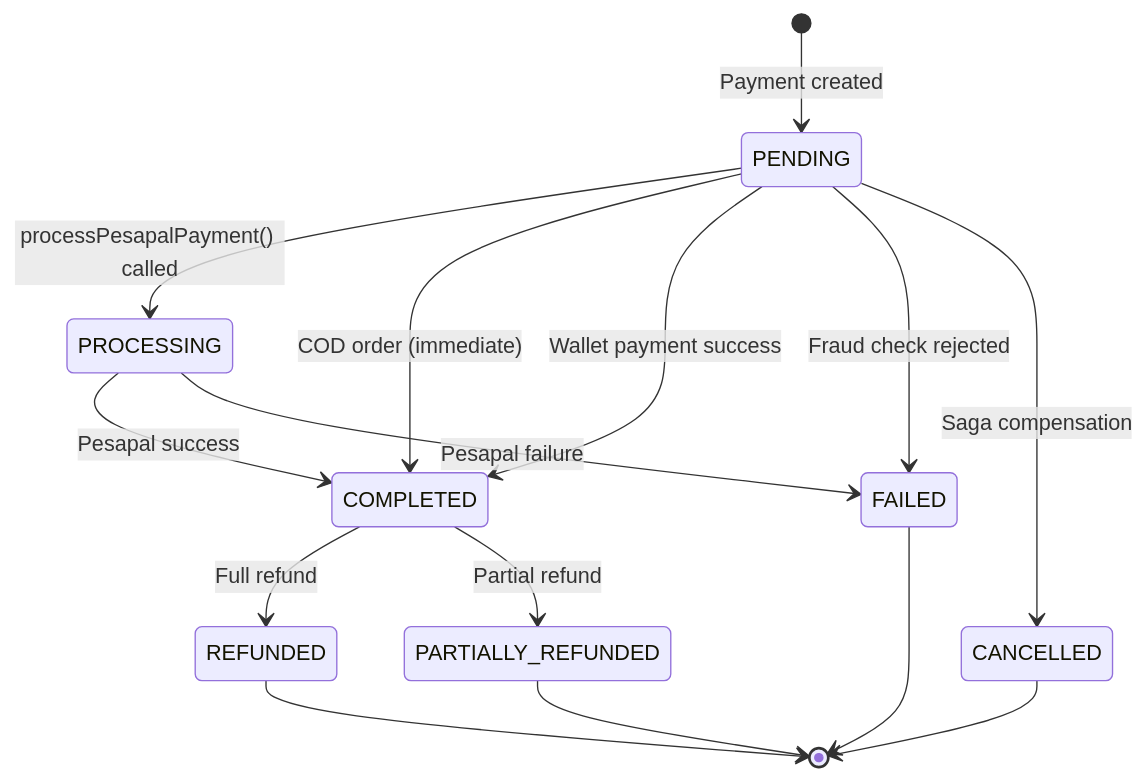
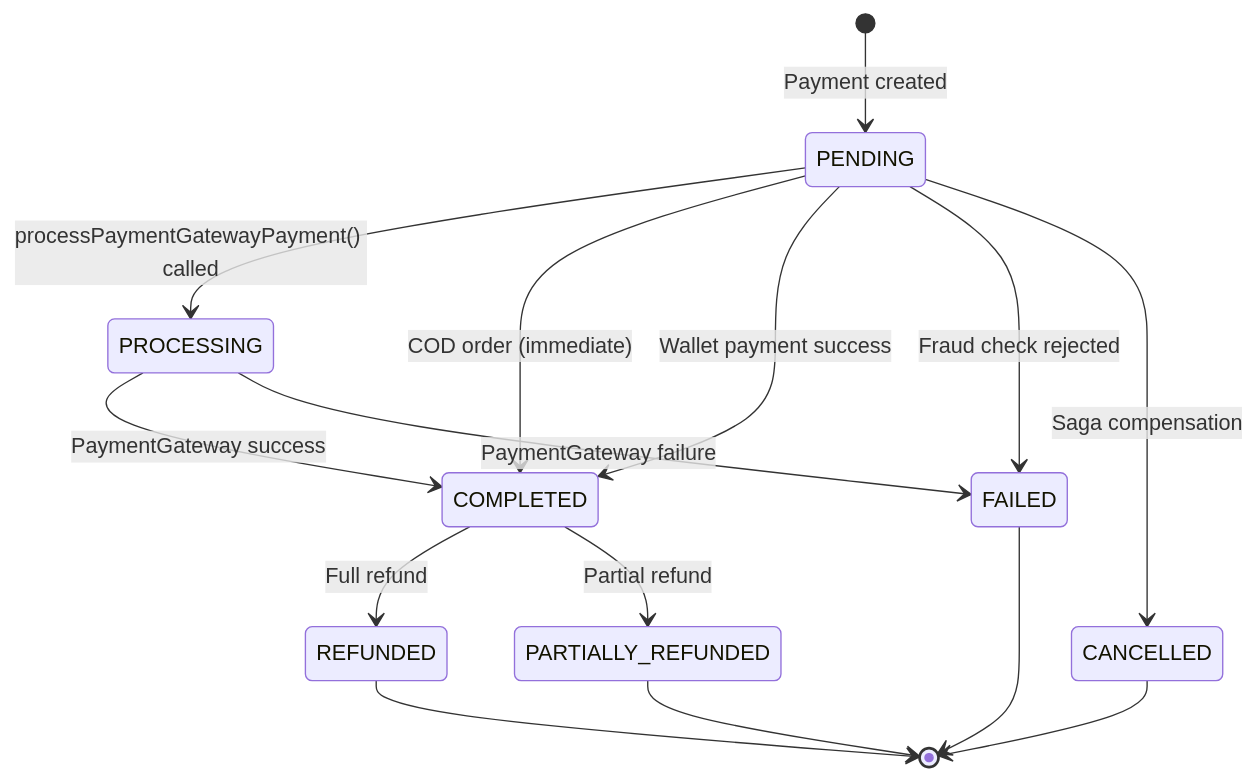
One commit to maysar-014/maysar-express-backend changed the third of 7 diagrams in docs/payments/revenue-flow-diagrams.md. Above: the diagram before and after it, drawn with Mermaid. The commit also changed other lines of this file and 158 other files, not shown here.

````diff
--- a/docs/payments/revenue-flow-diagrams.md
+++ b/docs/payments/revenue-flow-diagrams.md
@@ -76,17 +76,17 @@
 ```mermaid
 stateDiagram-v2
     [*] --> PENDING : Payment created
-    PENDING --> PROCESSING : processPesapalPayment() called
+    PENDING --> PROCESSING : processPaymentGatewayPayment() called
     PENDING --> COMPLETED : COD order (immediate)
     PENDING --> COMPLETED : Wallet payment success
-    PROCESSING --> COMPLETED : Pesapal success
-    PROCESSING --> FAILED : Pesapal failure
+    PROCESSING --> COMPLETED : PaymentGateway success
+    PROCESSING --> FAILED : PaymentGateway failure
     PENDING --> FAILED : Fraud check rejected
     COMPLETED --> REFUNDED : Full refund
     COMPLETED --> PARTIALLY_REFUNDED : Partial refund
     PENDING --> CANCELLED : Saga compensation
     FAILED --> [*]
     CANCELLED --> [*]
     REFUNDED --> [*]
     PARTIALLY_REFUNDED --> [*]
 ```
````
